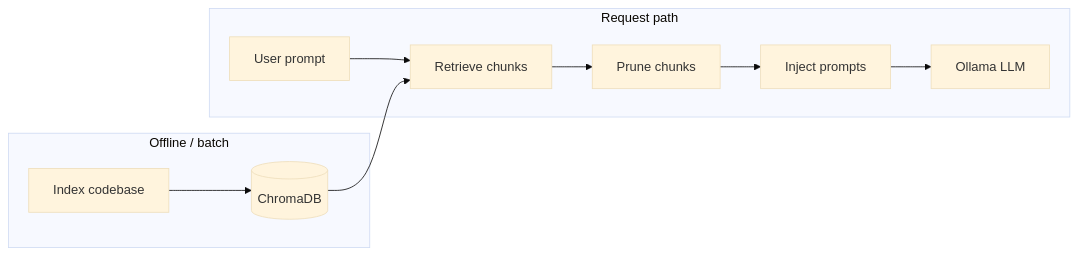
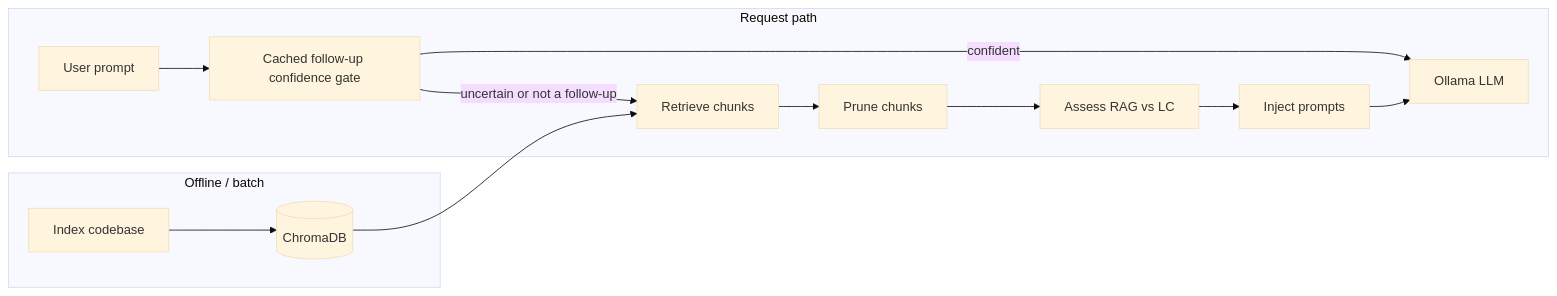
The diagram in README.md (reffobic/Context-Engineering-Thesis1), drawn with Mermaid (base theme) before and after one commit. The commit also changed other lines of this file and 4 other files, not shown here.

````diff
--- a/README.md
+++ b/README.md
@@ -38,17 +38,21 @@
 ```mermaid
 flowchart LR
   subgraph offline [Offline / batch]
     IDX[Index codebase]
     CH[(ChromaDB)]
     IDX --> CH
   end
   subgraph online [Request path]
     Q[User prompt]
+    G[Cached follow-up confidence gate]
     R[Retrieve chunks]
     P[Prune chunks]
+    A[Assess RAG vs LC]
     I[Inject prompts]
     L[Ollama LLM]
-    Q --> R --> P --> I --> L
+    Q --> G
+    G -- confident --> L
+    G -- uncertain or not a follow-up --> R --> P --> A --> I --> L
   end
   CH --> R
 ```
````
